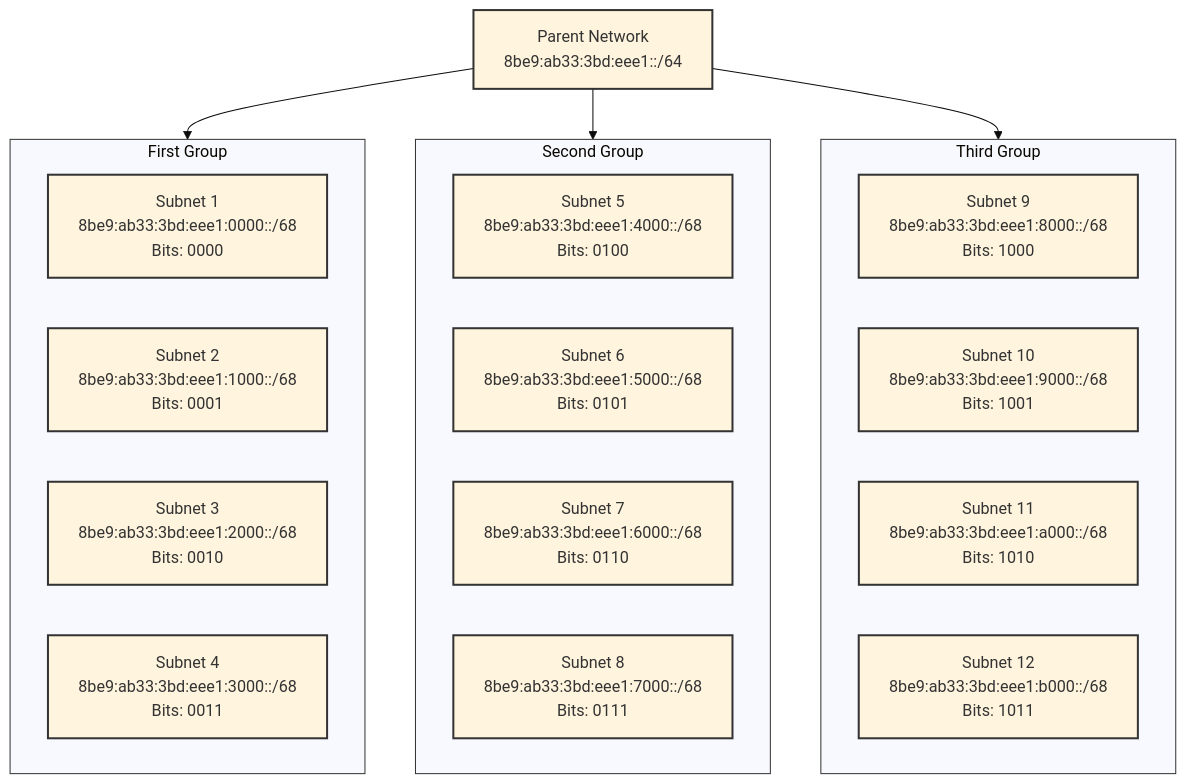
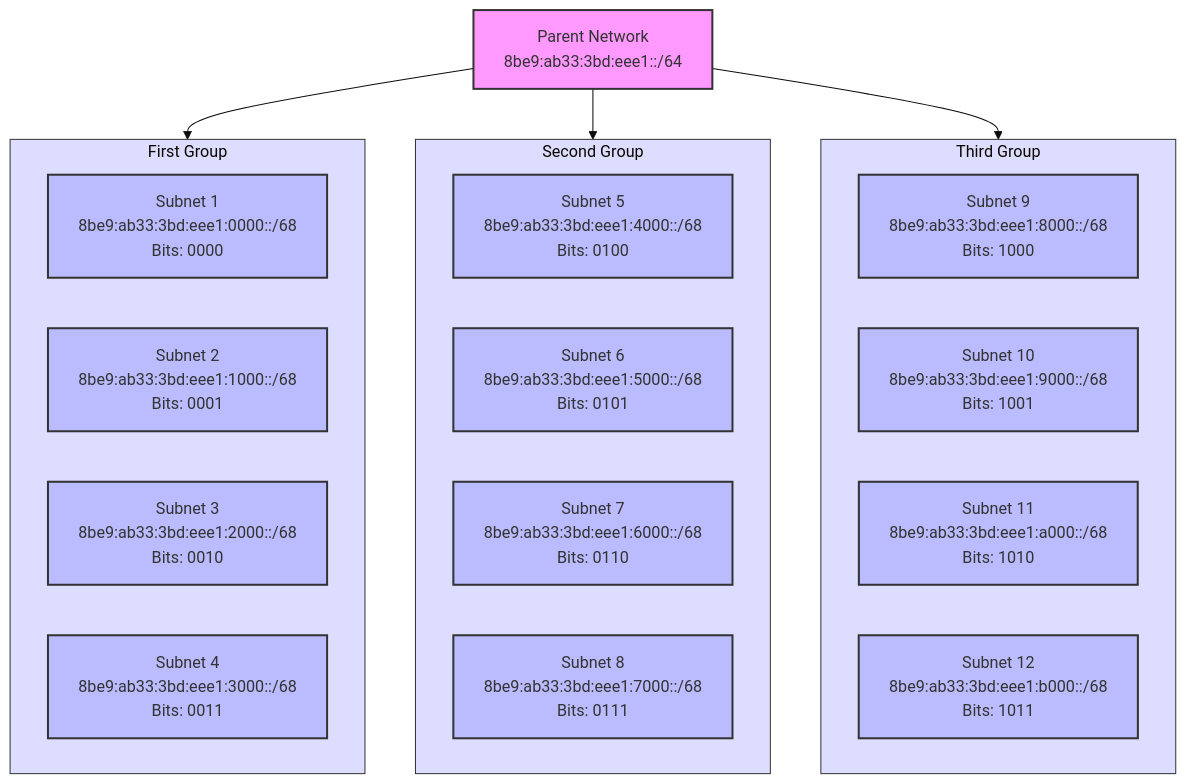
One commit to PanagopoulosNikolaos/DitOpenNotes changed the ninth of 9 diagrams in Year_1/Semester_2/NETWORKING/Resources/Notes/5. Subnetting.md. Above: the diagram before and after it, drawn with Mermaid (base theme). The commit also changed other lines of this file and 61 other files, not shown here.

````diff
--- a/Year_1/Semester_2/NETWORKING/Resources/Notes/5. Subnetting.md
+++ b/Year_1/Semester_2/NETWORKING/Resources/Notes/5. Subnetting.md
@@ -768,44 +768,44 @@
 ```Mermaid
 graph TD
     A[Parent Network<br>8be9:ab33:3bd:eee1::/64] --> Group1
     A --> Group2
     A --> Group3
 
     subgraph Group1["First Group"]
         B[Subnet 1<br>8be9:ab33:3bd:eee1:0000::/68<br>Bits: 0000]
         C[Subnet 2<br>8be9:ab33:3bd:eee1:1000::/68<br>Bits: 0001]
         D[Subnet 3<br>8be9:ab33:3bd:eee1:2000::/68<br>Bits: 0010]
         E[Subnet 4<br>8be9:ab33:3bd:eee1:3000::/68<br>Bits: 0011]
     end
 
     subgraph Group2["Second Group"]
         F[Subnet 5<br>8be9:ab33:3bd:eee1:4000::/68<br>Bits: 0100]
         G[Subnet 6<br>8be9:ab33:3bd:eee1:5000::/68<br>Bits: 0101]
         H[Subnet 7<br>8be9:ab33:3bd:eee1:6000::/68<br>Bits: 0110]
         I[Subnet 8<br>8be9:ab33:3bd:eee1:7000::/68<br>Bits: 0111]
     end
 
     subgraph Group3["Third Group"]
         J[Subnet 9<br>8be9:ab33:3bd:eee1:8000::/68<br>Bits: 1000]
         K[Subnet 10<br>8be9:ab33:3bd:eee1:9000::/68<br>Bits: 1001]
         L[Subnet 11<br>8be9:ab33:3bd:eee1:a000::/68<br>Bits: 1010]
         M[Subnet 12<br>8be9:ab33:3bd:eee1:b000::/68<br>Bits: 1011]
     end
 
-    style A fill:\#f9f,stroke:#333,stroke-width:2px
-    style Group1 fill:\#ddf,stroke:#333,stroke-width:1px
-    style Group2 fill:\#ddf,stroke:#333,stroke-width:1px
-    style Group3 fill:\#ddf,stroke:#333,stroke-width:1px
-    style B fill:\#bbf,stroke:#333,stroke-width:2px
-    style C fill:\#bbf,stroke:#333,stroke-width:2px
-    style D fill:\#bbf,stroke:#333,stroke-width:2px
-    style E fill:\#bbf,stroke:#333,stroke-width:2px
-    style F fill:\#bbf,stroke:#333,stroke-width:2px
-    style G fill:\#bbf,stroke:#333,stroke-width:2px
-    style H fill:\#bbf,stroke:#333,stroke-width:2px
-    style I fill:\#bbf,stroke:#333,stroke-width:2px
-    style J fill:\#bbf,stroke:#333,stroke-width:2px
-    style K fill:\#bbf,stroke:#333,stroke-width:2px
-    style L fill:\#bbf,stroke:#333,stroke-width:2px
-    style M fill:\#bbf,stroke:#333,stroke-width:2px
+    style A fill:#f9f,stroke:#333,stroke-width:2px
+    style Group1 fill:#ddf,stroke:#333,stroke-width:1px
+    style Group2 fill:#ddf,stroke:#333,stroke-width:1px
+    style Group3 fill:#ddf,stroke:#333,stroke-width:1px
+    style B fill:#bbf,stroke:#333,stroke-width:2px
+    style C fill:#bbf,stroke:#333,stroke-width:2px
+    style D fill:#bbf,stroke:#333,stroke-width:2px
+    style E fill:#bbf,stroke:#333,stroke-width:2px
+    style F fill:#bbf,stroke:#333,stroke-width:2px
+    style G fill:#bbf,stroke:#333,stroke-width:2px
+    style H fill:#bbf,stroke:#333,stroke-width:2px
+    style I fill:#bbf,stroke:#333,stroke-width:2px
+    style J fill:#bbf,stroke:#333,stroke-width:2px
+    style K fill:#bbf,stroke:#333,stroke-width:2px
+    style L fill:#bbf,stroke:#333,stroke-width:2px
+    style M fill:#bbf,stroke:#333,stroke-width:2px
 ```
````
